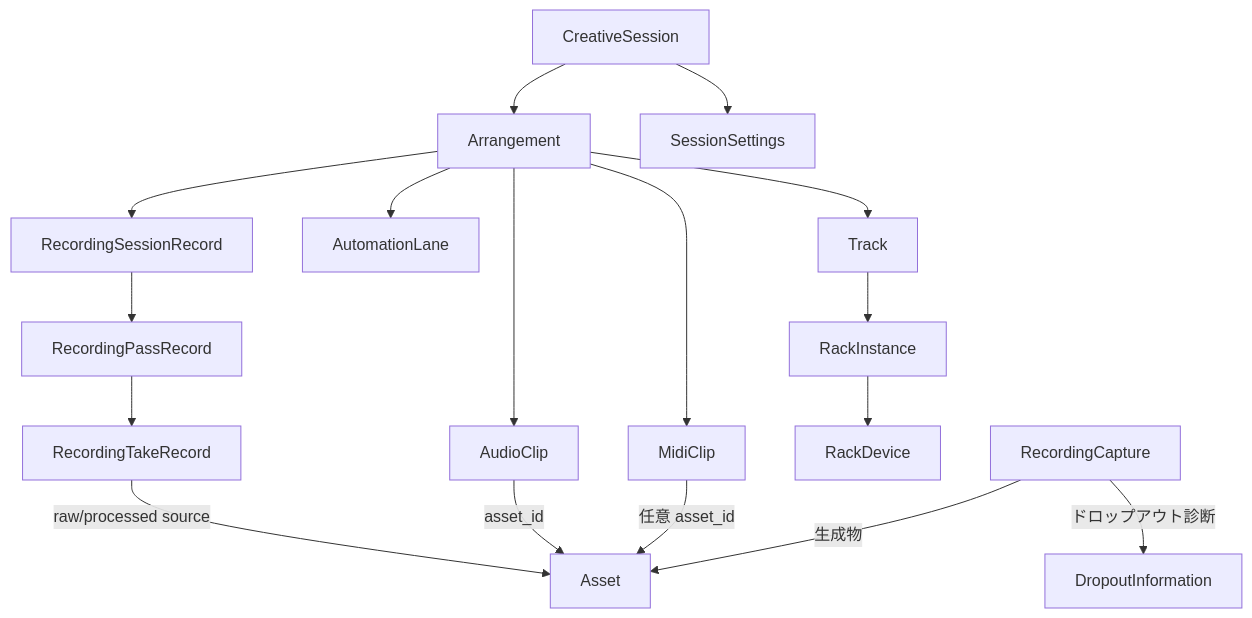
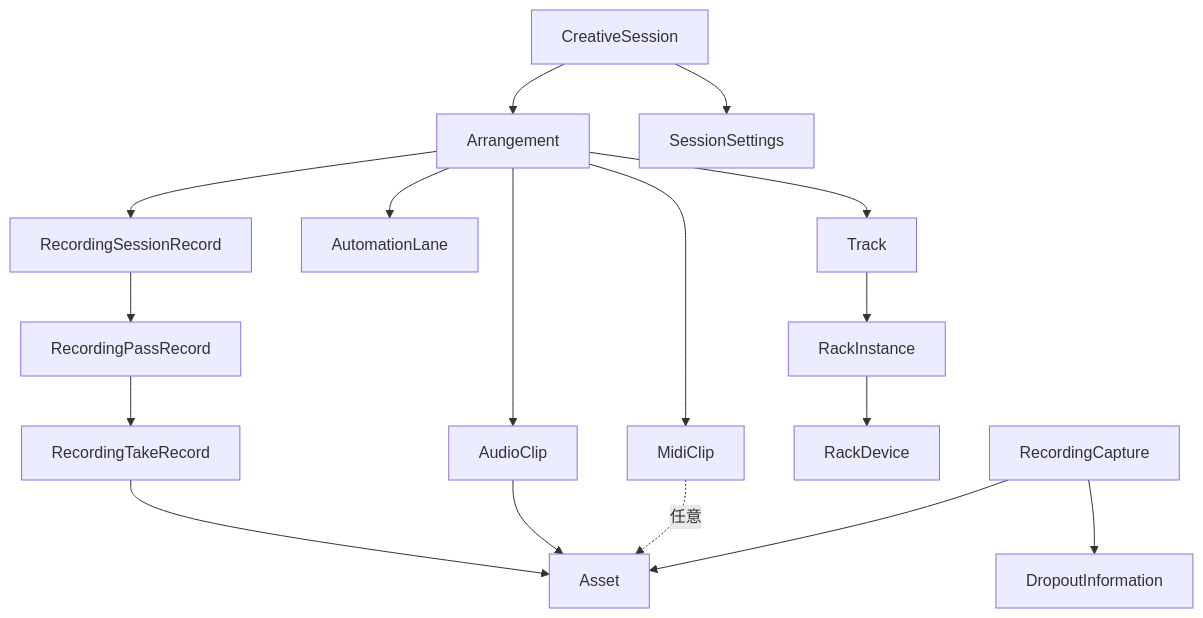
One commit to endo-ly/riffra changed the diagram in docs/data-model.md. Above: the diagram before and after it, drawn with Mermaid. The commit also changed other lines of this file and 9 other files, not shown here.

````diff
--- a/docs/data-model.md
+++ b/docs/data-model.md
@@ -124,19 +98,19 @@
 ```mermaid
 flowchart TD
-    CS[CreativeSession] --> AR[Arrangement]
-    AR --> TR[Track]
-    AR --> AC[AudioClip]
-    AR --> MC[MidiClip]
-    AR --> AU[AutomationLane]
-    AR --> RS[RecordingSessionRecord]
-    RS --> RP[RecordingPassRecord]
-    RP --> RT[RecordingTakeRecord]
-    RT -->|raw/processed source| AS[Asset]
-    AC -->|asset_id| AS
-    MC -->|任意 asset_id| AS
-    TR --> RI[RackInstance]
-    RI --> RD[RackDevice]
-    CS --> SE[SessionSettings]
-    RC[RecordingCapture] -->|生成物| AS
-    RC -->|ドロップアウト診断| DI[DropoutInformation]
+    SESSION[CreativeSession] --> ARR[Arrangement]
+    SESSION --> SETTINGS[SessionSettings]
+    ARR --> TRACK[Track]
+    ARR --> AUDIO[AudioClip]
+    ARR --> MIDI[MidiClip]
+    ARR --> AUTO[AutomationLane]
+    ARR --> RECORDING[RecordingSessionRecord]
+    RECORDING --> PASS[RecordingPassRecord]
+    PASS --> TAKE[RecordingTakeRecord]
+    TAKE --> ASSET[Asset]
+    AUDIO --> ASSET
+    MIDI -.->|任意| ASSET
+    TRACK --> RACK[RackInstance]
+    RACK --> DEVICE[RackDevice]
+    CAPTURE[RecordingCapture] --> ASSET
+    CAPTURE --> DROPOUT[DropoutInformation]
 ```
````
